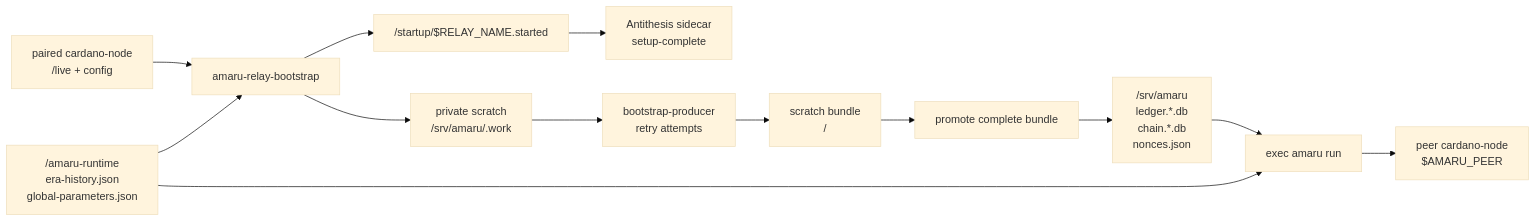
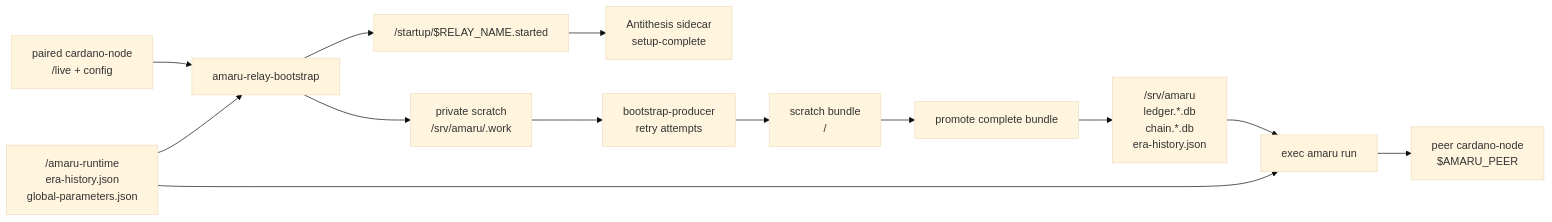
One commit to lambdasistemi/amaru-bootstrap changed the first of 8 diagrams in docs/architecture.md. Above: the diagram before and after it, drawn with Mermaid (base theme). The commit also changed other lines of this file and 6 other files, not shown here.

````diff
--- a/docs/architecture.md
+++ b/docs/architecture.md
@@ -15,16 +17,16 @@
 ```mermaid
 flowchart LR
     node["paired cardano-node\n/live + config"] --> relay["amaru-relay-bootstrap"]
     runtime["/amaru-runtime\nera-history.json\nglobal-parameters.json"] --> relay
     relay --> marker["/startup/$RELAY_NAME.started"]
     marker --> sidecar["Antithesis sidecar\nsetup-complete"]
 
     relay --> scratch["private scratch\n/srv/amaru/.work"]
     scratch --> producer["bootstrap-producer\nretry attempts"]
     producer --> produced["scratch bundle\n<scratch-out>/<network>"]
     produced --> promote["promote complete bundle"]
-    promote --> stores["/srv/amaru\nledger.*.db\nchain.*.db\nnonces.json"]
+    promote --> stores["/srv/amaru\nledger.*.db\nchain.*.db\nera-history.json"]
     stores --> amaru["exec amaru run"]
     runtime --> amaru
     amaru --> peer["peer cardano-node\n$AMARU_PEER"]
 ```
````
